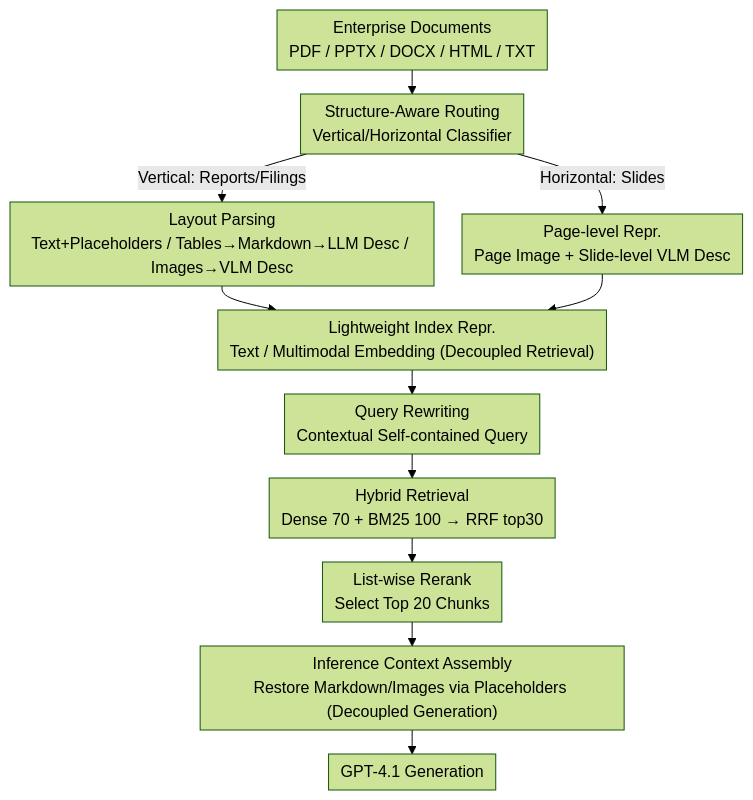
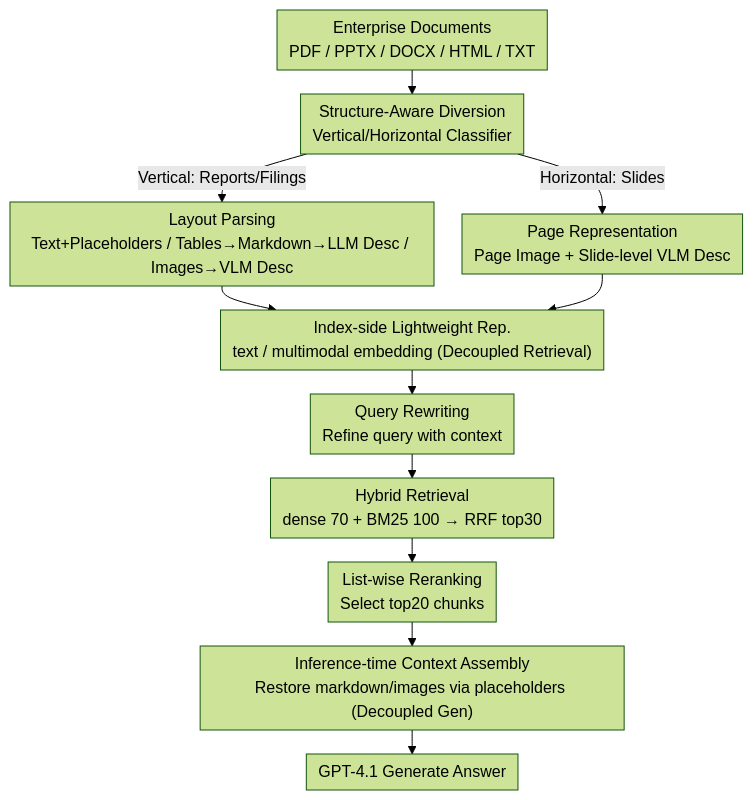
Before and after one commit to zhaoyang97/Paper-Notes-en: the diagram in docs/ACL2026/multimodal_vlm/mm-bizrag_rethinking_multimodal_retrieval-augmented_generation_for_general_purpo.md, drawn with Mermaid (forest theme). The commit also changed other lines of this file and 5084 other files, not shown here.

````diff
--- a/docs/ACL2026/multimodal_vlm/mm-bizrag_rethinking_multimodal_retrieval-augmented_generation_for_general_purpo.md
+++ b/docs/ACL2026/multimodal_vlm/mm-bizrag_rethinking_multimodal_retrieval-augmented_generation_for_general_purpo.md
@@ -45,14 +45,14 @@
 ```mermaid
 %%{init: {'flowchart': {'rankSpacing': 24, 'nodeSpacing': 28, 'padding': 6, 'wrappingWidth': 400}}}%%
 flowchart TD
-    A["Enterprise Documents<br/>PDF / PPTX / DOCX / HTML / TXT"] --> B["Structure-Aware Routing<br/>Vertical/Horizontal Classifier"]
+    A["Enterprise Documents<br/>PDF / PPTX / DOCX / HTML / TXT"] --> B["Structure-Aware Diversion<br/>Vertical/Horizontal Classifier"]
     B -->|Vertical: Reports/Filings| C["Layout Parsing<br/>Text+Placeholders / Tables→Markdown→LLM Desc / Images→VLM Desc"]
-    B -->|Horizontal: Slides| D["Page-level Repr.<br/>Page Image + Slide-level VLM Desc"]
-    C --> E["Lightweight Index Repr.<br/>Text / Multimodal Embedding (Decoupled Retrieval)"]
+    B -->|Horizontal: Slides| D["Page Representation<br/>Page Image + Slide-level VLM Desc"]
+    C --> E["Index-side Lightweight Rep.<br/>text / multimodal embedding (Decoupled Retrieval)"]
     D --> E
-    E --> F["Query Rewriting<br/>Contextual Self-contained Query"]
-    F --> G["Hybrid Retrieval<br/>Dense 70 + BM25 100 → RRF top30"]
-    G --> H["List-wise Rerank<br/>Select Top 20 Chunks"]
-    H --> I["Inference Context Assembly<br/>Restore Markdown/Images via Placeholders (Decoupled Generation)"]
-    I --> J["GPT-4.1 Generation"]
+    E --> F["Query Rewriting<br/>Refine query with context"]
+    F --> G["Hybrid Retrieval<br/>dense 70 + BM25 100 → RRF top30"]
+    G --> H["List-wise Reranking<br/>Select top20 chunks"]
+    H --> I["Inference-time Context Assembly<br/>Restore markdown/images via placeholders (Decoupled Gen)"]
+    I --> J["GPT-4.1 Generate Answer"]
 ```
````
